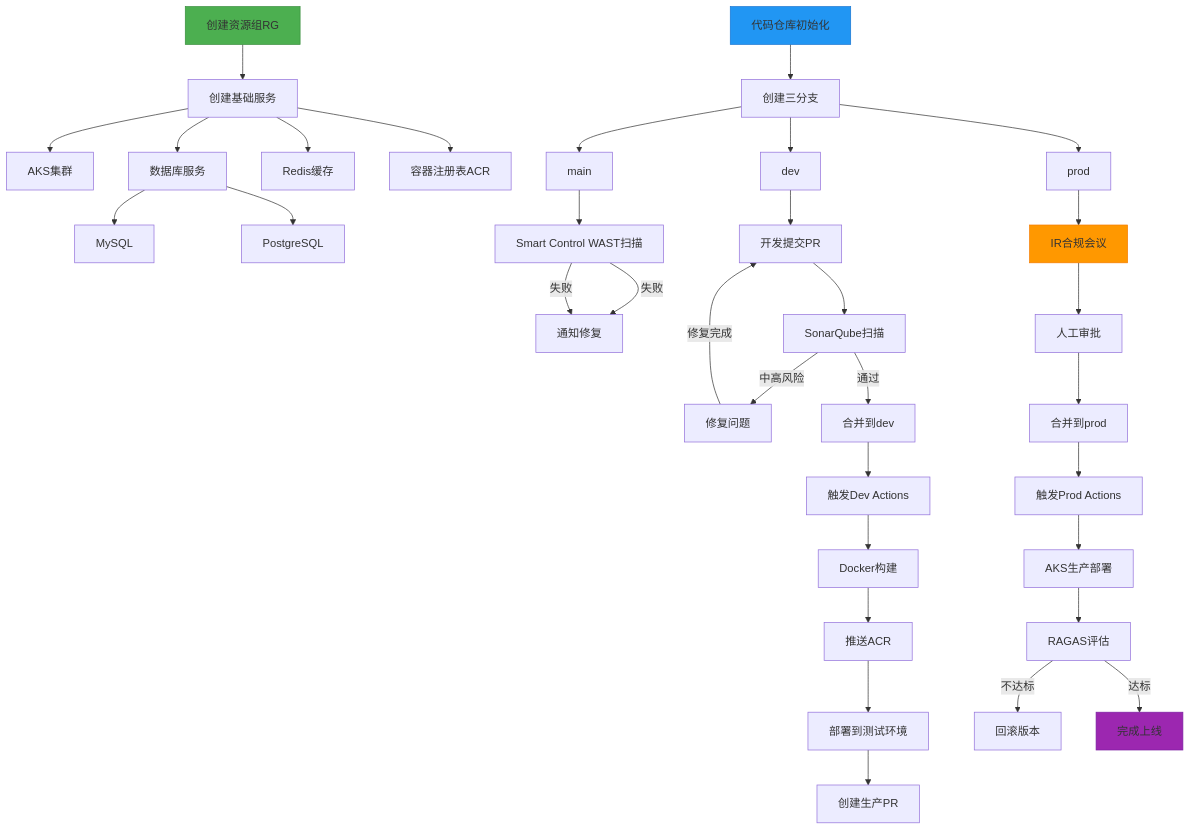
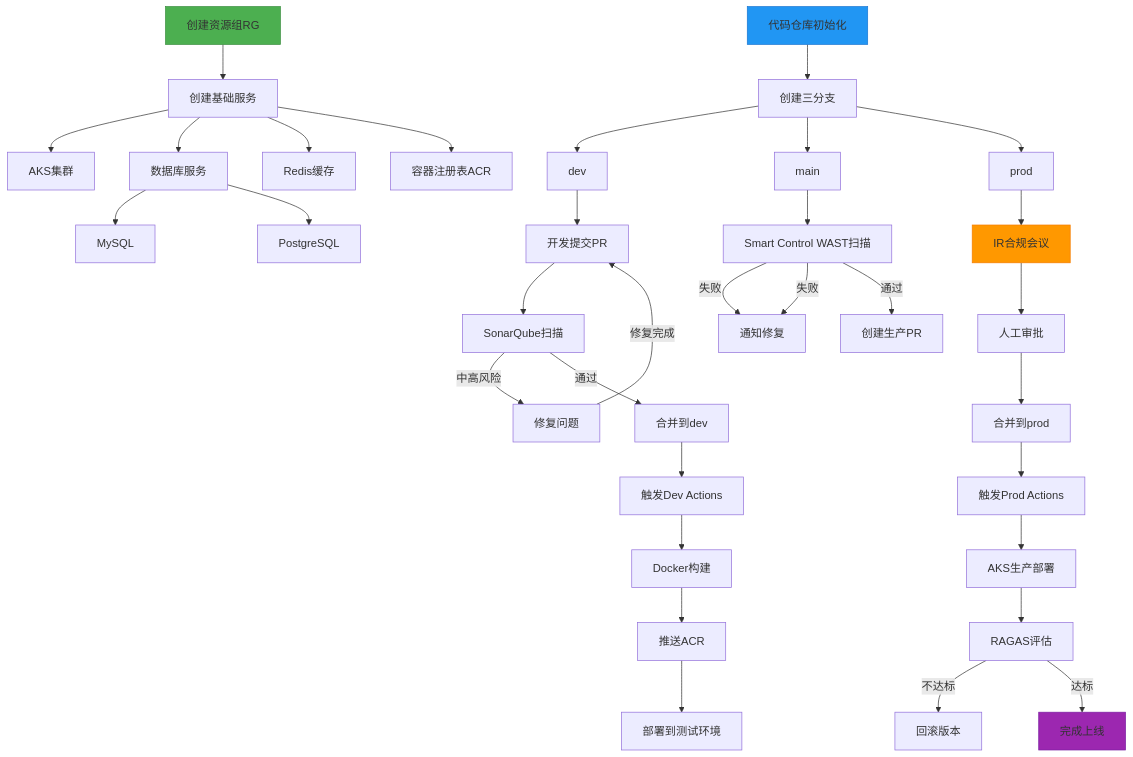
Before and after one commit to funnyData/iodraw-files: the diagram in all/未命名-1.md, drawn with Mermaid.

Commit message:
2025-02-27 09:14:57 update

````diff
--- a/all/未命名-1.md
+++ b/all/未命名-1.md
@@ -1,56 +1,56 @@
 ```mermaid
 graph TD
     A[创建资源组RG] --> B[创建基础服务]
     B --> C[AKS集群]
     B --> D[数据库服务]
     D --> DA[MySQL]
     D --> DB[PostgreSQL]
     B --> E[Redis缓存]
     B --> F[容器注册表ACR]
     
     G[代码仓库初始化] --> H[创建三分支]
     H --> I[dev]
     H --> J[main]
     H --> K[prod]
     K --> W[IR合规会议]
     J --> T[Smart Control WAST扫描]
     T -->|失败| U[通知修复]
     I --> L[开发提交PR]
     L --> M[SonarQube扫描]
     M -->|中高风险| N[修复问题]
     N -->|修复完成|L
     M -->|通过| O[合并到dev]
     
     O --> P[触发Dev Actions]
     P --> Q[Docker构建]
     Q --> R[推送ACR]
     R --> S[部署到测试环境]
-    S -->V[创建生产PR]
+    %% S -->V[创建生产PR]
 
     
     %% S --> T[Smart Control WAST扫描]
     T -->|失败| U[通知修复]
 
     
-   
+    T -->|通过| V[创建生产PR]
 
     
     %% V --> W[IR合规会议]
     W --> X[人工审批]
     X --> Y[合并到prod]
     
     Y --> Z[触发Prod Actions]
     Z --> AC[AKS生产部署]
     %% Z --> AA[安全扫描]
     %% AA -->|高风险| AB[终止部署]
     %% AA -->|通过| AC[AKS生产部署]
     
     AC --> AD[RAGAS评估]
     AD -->|不达标| AE[回滚版本]
     AD -->|达标| AF[完成上线]
     
     style A fill:#4CAF50,stroke:#388E3C
     style G fill:#2196F3,stroke:#1976D2
     style W fill:#FF9800,stroke:#F57C00
     style AF fill:#9C27B0,stroke:#7B1FA2
 ```
````
